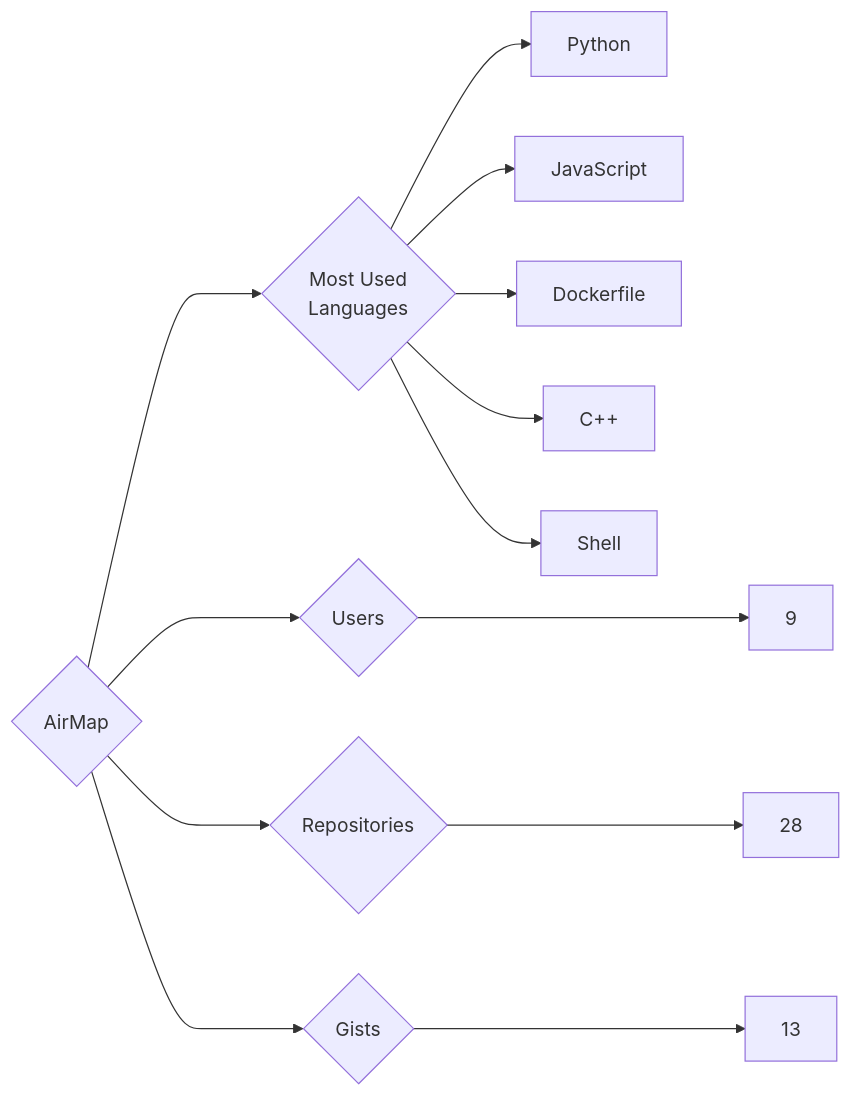
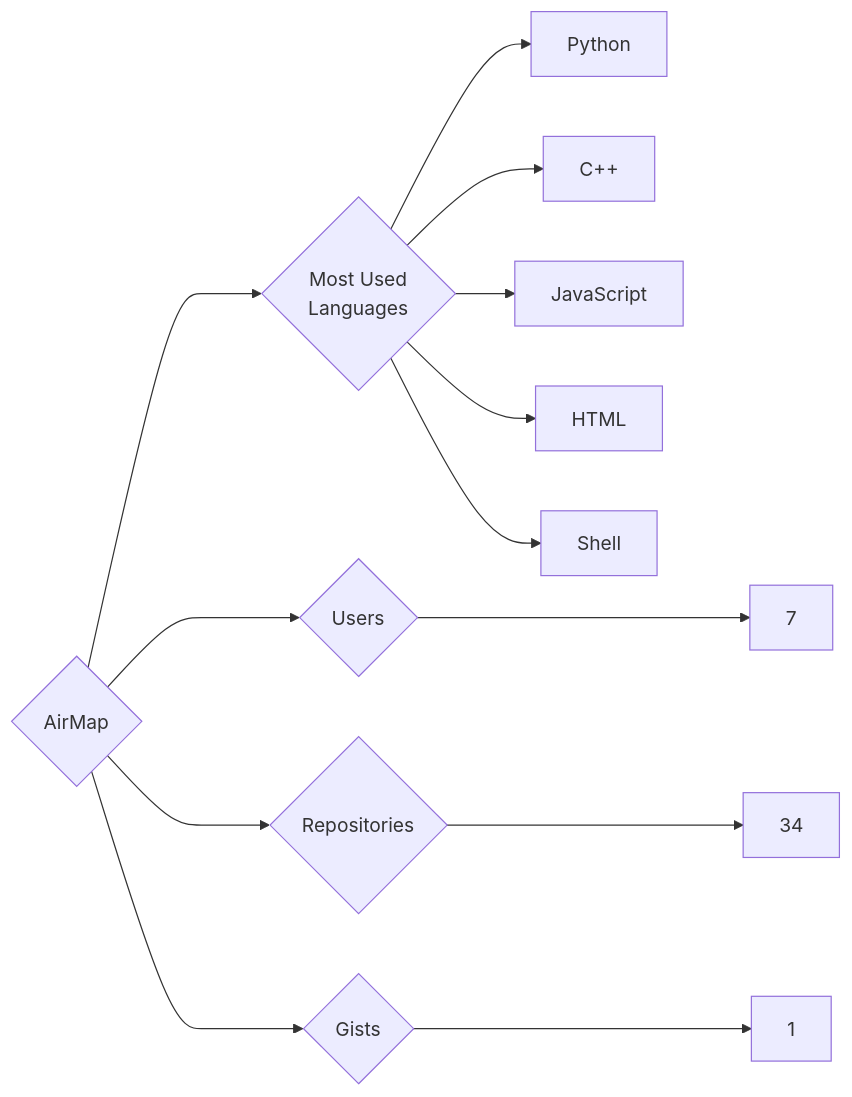
The diagram in targets/AirMap/README.md (trickest/insiders), drawn with Mermaid before and after one commit. The commit also changed 1003 other files, not shown here.

````diff
--- a/targets/AirMap/README.md
+++ b/targets/AirMap/README.md
@@ -3,13 +3,13 @@
 ```mermaid
 graph LR
 COMPANY_NAME{AirMap}
-COMPANY_NAME ---> U{Users} ---> UN[9]
-COMPANY_NAME ---> R{Repositories} ---> RN[28]
-COMPANY_NAME ---> G{Gists} ---> GN[13]
+COMPANY_NAME ---> U{Users} ---> UN[7]
+COMPANY_NAME ---> R{Repositories} ---> RN[34]
+COMPANY_NAME ---> G{Gists} ---> GN[1]
 COMPANY_NAME ---> ML{Most Used<br>Languages}
 ML --> Python[Python]
+ML --> C++[C++]
 ML --> JavaScript[JavaScript]
-ML --> Dockerfile[Dockerfile]
-ML --> C++[C++]
+ML --> HTML[HTML]
 ML --> Shell[Shell]
 ```
````
